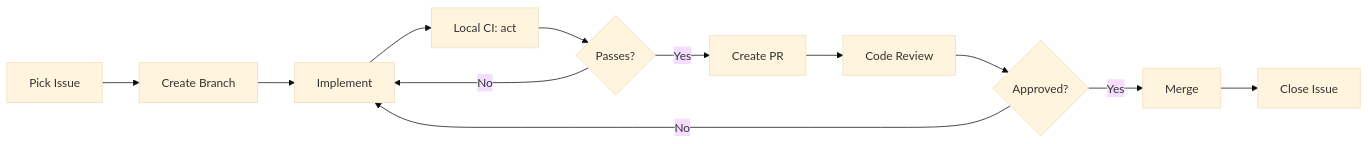
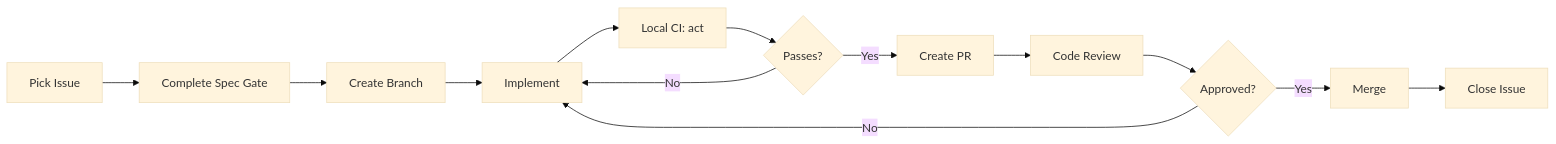
One commit to DevelopersCoffee/airo changed the diagram in docs/agents/SDLC.md. Above: the diagram before and after it, drawn with Mermaid (base theme). The commit also changed other lines of this file and 5 other files, not shown here.

````diff
--- a/docs/agents/SDLC.md
+++ b/docs/agents/SDLC.md
@@ -13,14 +33,15 @@
 ```mermaid
 graph LR
-    A[Pick Issue] --> B[Create Branch]
-    B --> C[Implement]
-    C --> D[Local CI: act]
-    D --> E{Passes?}
-    E -->|No| C
-    E -->|Yes| F[Create PR]
-    F --> G[Code Review]
-    G --> H{Approved?}
-    H -->|No| C
-    H -->|Yes| I[Merge]
-    I --> J[Close Issue]
+    A[Pick Issue] --> B[Complete Spec Gate]
+    B --> C[Create Branch]
+    C --> D[Implement]
+    D --> E[Local CI: act]
+    E --> F{Passes?}
+    F -->|No| D
+    F -->|Yes| G[Create PR]
+    G --> H[Code Review]
+    H --> I{Approved?}
+    I -->|No| D
+    I -->|Yes| J[Merge]
+    J --> K[Close Issue]
 ```
````
